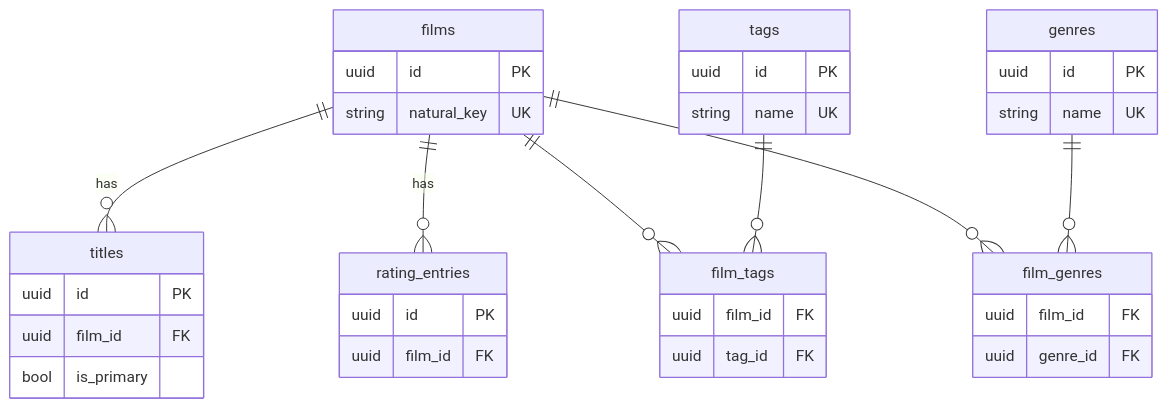
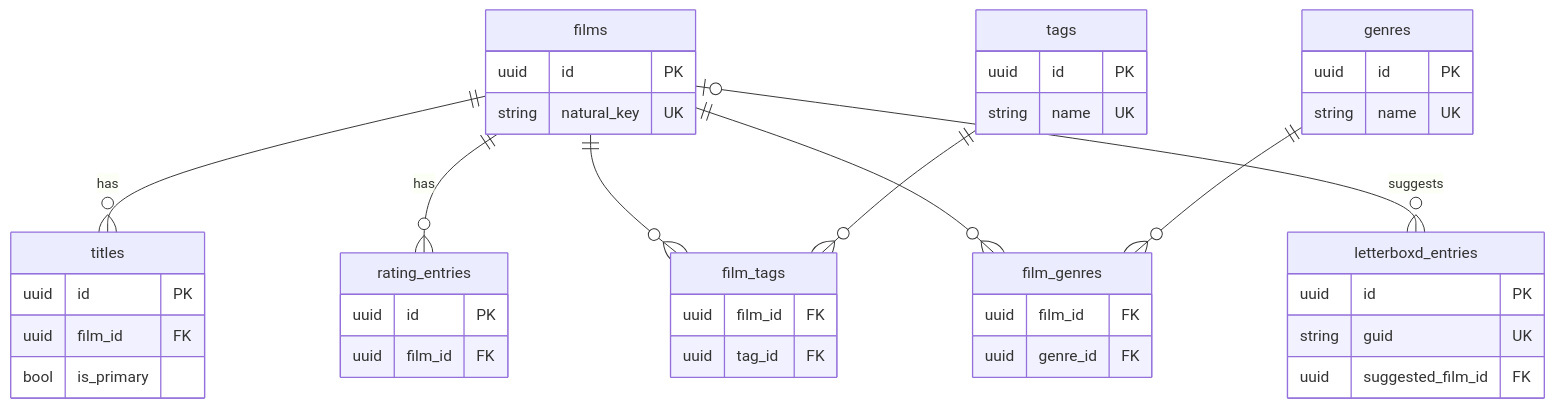
The second of 4 diagrams in docs/designs/DESIGN_V1.md (Jan0H0Punkt/FilmRewatchApp), drawn with Mermaid before and after one commit. The commit also changed other lines of this file, not shown here.

Commit message:
docs(design): add letterboxd_entries and its routes to §5.2/§5.3

````diff
--- a/docs/designs/DESIGN_V1.md
+++ b/docs/designs/DESIGN_V1.md
@@ -212,38 +212,44 @@
 ```mermaid
 erDiagram
     films {
         uuid id PK
         string natural_key UK
     }
     titles {
         uuid id PK
         uuid film_id FK
         bool is_primary
     }
     rating_entries {
         uuid id PK
         uuid film_id FK
     }
     tags {
         uuid id PK
         string name UK
     }
     film_tags {
         uuid film_id FK
         uuid tag_id FK
     }
     genres {
         uuid id PK
         string name UK
     }
     film_genres {
         uuid film_id FK
         uuid genre_id FK
     }
+    letterboxd_entries {
+        uuid id PK
+        string guid UK
+        uuid suggested_film_id FK
+    }
     films ||--o{ titles : "has"
     films ||--o{ rating_entries : "has"
     films ||--o{ film_tags : ""
     tags  ||--o{ film_tags : ""
     films ||--o{ film_genres : ""
     genres ||--o{ film_genres : ""
+    films |o--o{ letterboxd_entries : "suggests"
 ```
````
